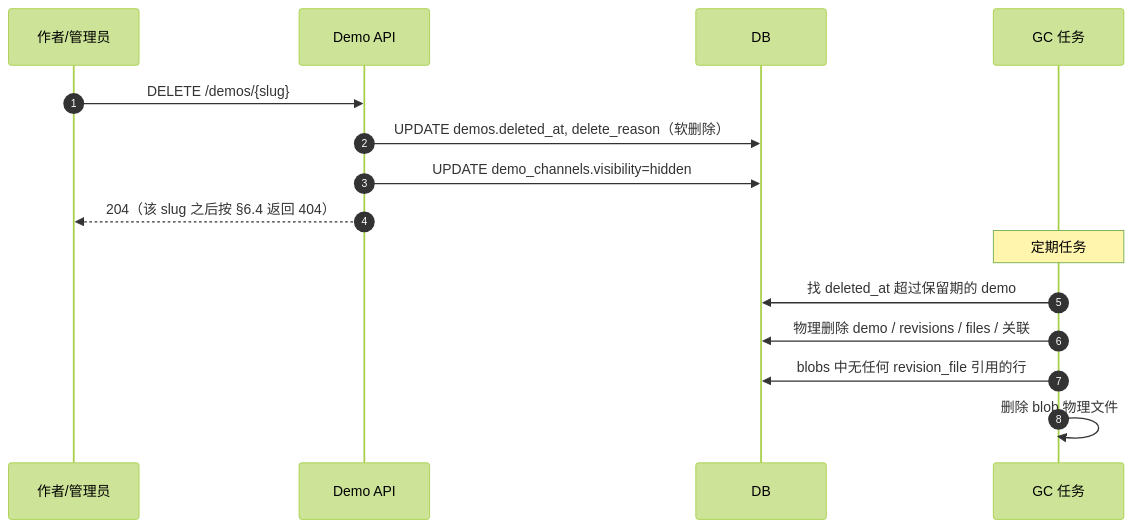
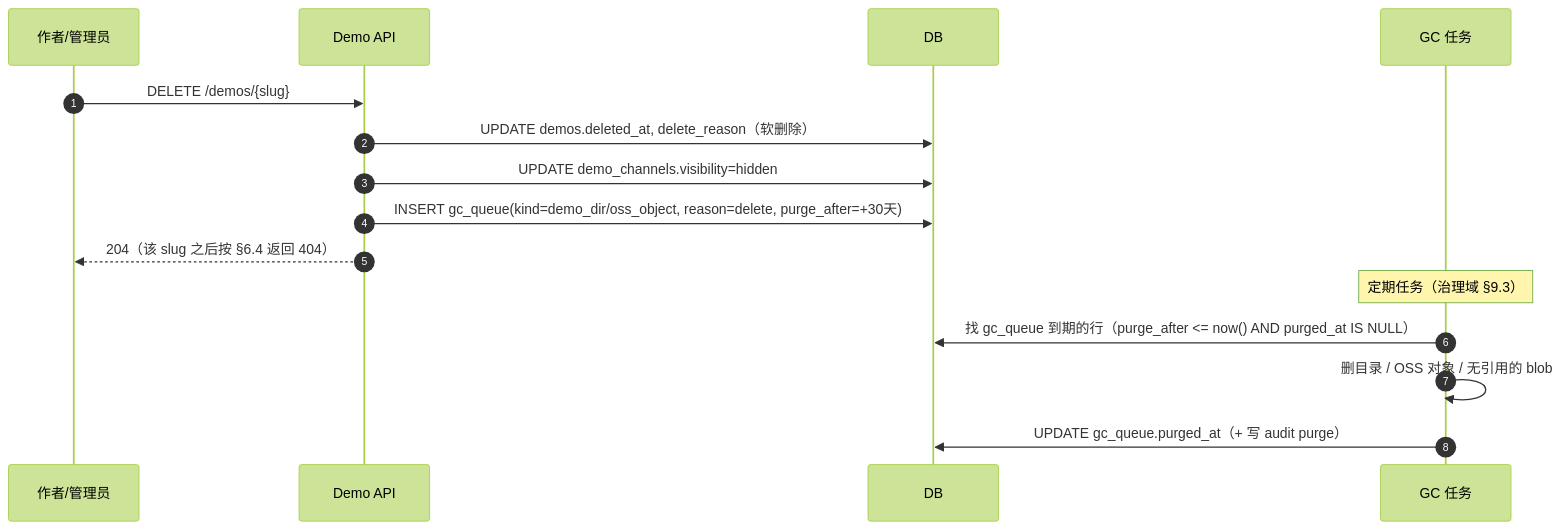
One commit to deepdemos/ds-demos-showcase changed diagram 15 of 16 in docs/Demo域设计.md. Above: the diagram before and after it, drawn with Mermaid (forest theme). The commit also changed other lines of this file and 8 other files, not shown here.

````diff
--- a/docs/Demo域设计.md
+++ b/docs/Demo域设计.md
@@ -895,19 +916,19 @@
 ```mermaid
 sequenceDiagram
     autonumber
     participant U as 作者/管理员
     participant R as Demo API
     participant DB as DB
     participant G as GC 任务
 
     U->>R: DELETE /demos/{slug}
     R->>DB: UPDATE demos.deleted_at, delete_reason（软删除）
     R->>DB: UPDATE demo_channels.visibility=hidden
+    R->>DB: INSERT gc_queue(kind=demo_dir/oss_object, reason=delete, purge_after=+30天)
     R-->>U: 204（该 slug 之后按 §6.4 返回 404）
 
-    Note over G: 定期任务
-    G->>DB: 找 deleted_at 超过保留期的 demo
-    G->>DB: 物理删除 demo / revisions / files / 关联
-    G->>DB: blobs 中无任何 revision_file 引用的行
-    G->>G: 删除 blob 物理文件
+    Note over G: 定期任务（治理域 §9.3）
+    G->>DB: 找 gc_queue 到期的行（purge_after <= now() AND purged_at IS NULL）
+    G->>G: 删目录 / OSS 对象 / 无引用的 blob
+    G->>DB: UPDATE gc_queue.purged_at（+ 写 audit purge）
 ```
````
